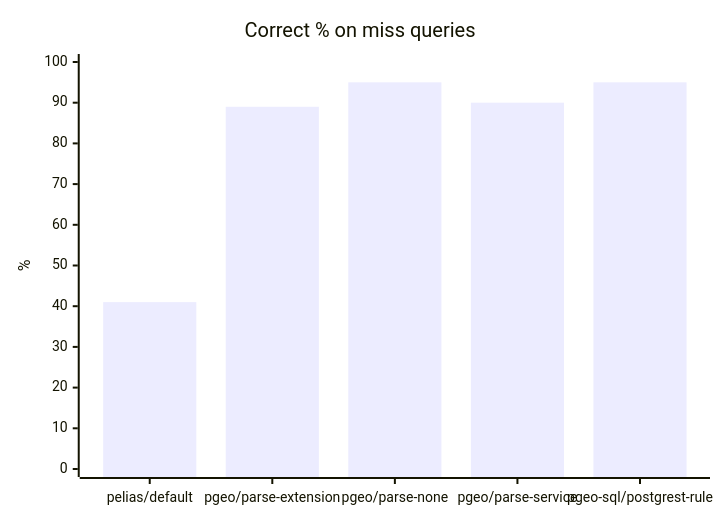
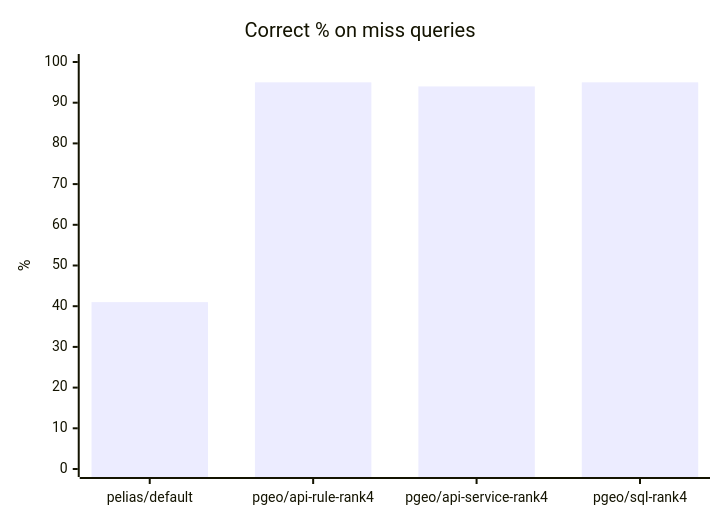
One commit to johnzastrow/pgeo changed the fourth of 6 diagrams in docs/ACCURACY_RESULTS.md. Above: the diagram before and after it, drawn with Mermaid. The commit also changed other lines of this file and 5 other files, not shown here.

````diff
--- a/docs/ACCURACY_RESULTS.md
+++ b/docs/ACCURACY_RESULTS.md
@@ -109,7 +98,7 @@
 ```mermaid
 xychart-beta
     title "Correct % on miss queries"
-    x-axis ["pelias/default", "pgeo/parse-extension", "pgeo/parse-none", "pgeo/parse-service", "pgeo-sql/postgrest-rule"]
+    x-axis ["pelias/default", "pgeo/api-rule-rank4", "pgeo/api-service-rank4", "pgeo/sql-rank4"]
     y-axis "%" 0 --> 100
-    bar [41, 89, 95, 90, 95]
+    bar [41, 95, 94, 95]
 ```
````
